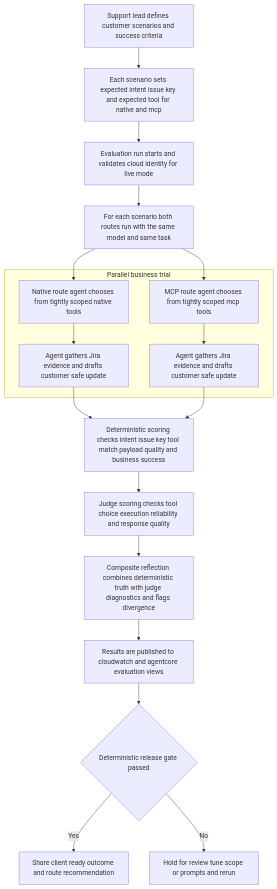
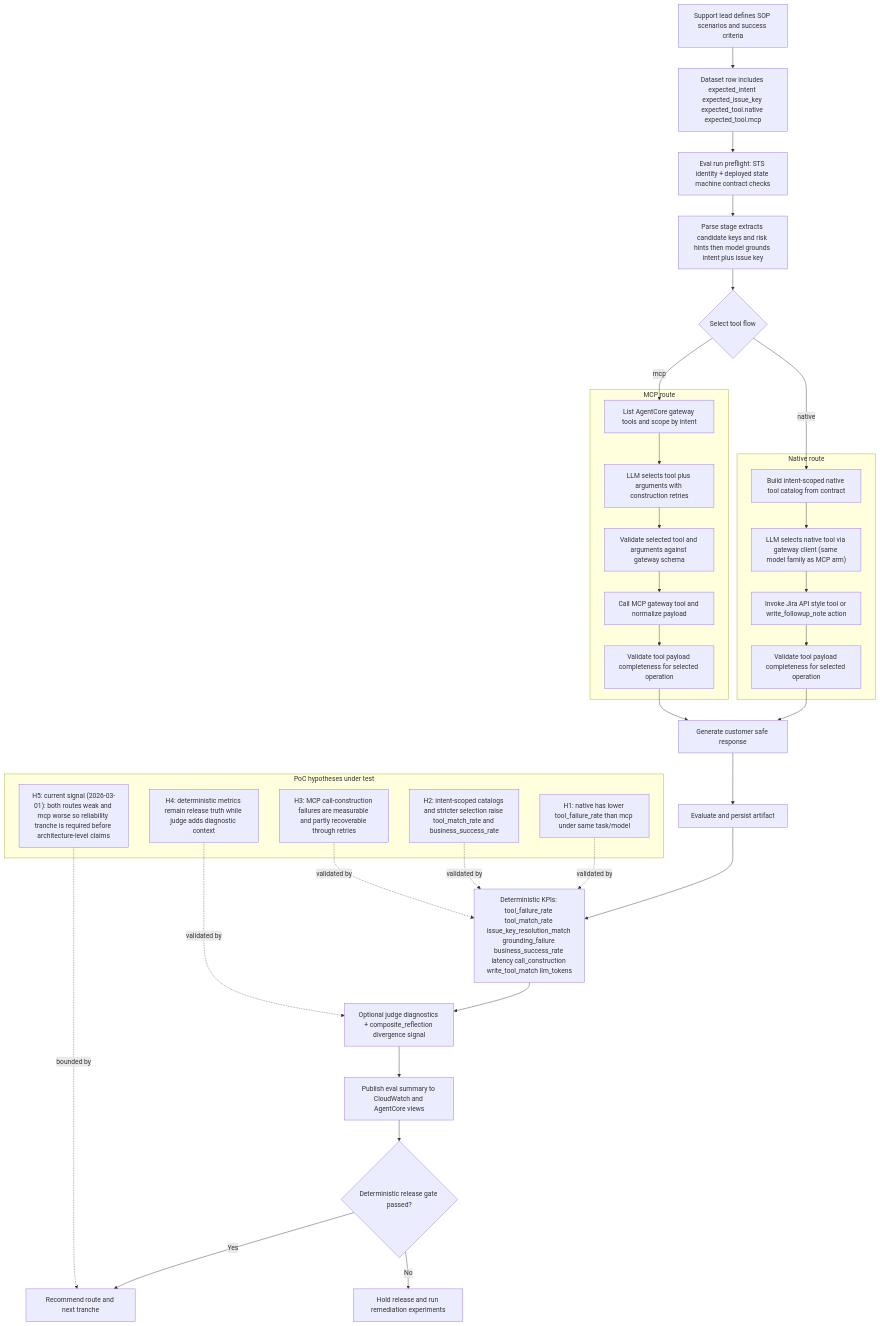
Before and after one commit to adam-jackson-cf/flutter-aws-poc: the diagram in README.md, drawn with Mermaid. The commit also changed other lines of this file and 54 other files, not shown here.

Commit message:
feat(evals): harden mcp/native routing and quality gates

````diff
--- a/README.md
+++ b/README.md
@@ -23,33 +69,57 @@
 ```mermaid
 flowchart TD
-    A["Support lead defines customer scenarios and success criteria"]
-    B["Each scenario sets expected intent issue key and expected tool for native and mcp"]
-    C["Evaluation run starts and validates cloud identity for live mode"]
-    D["For each scenario both routes run with the same model and same task"]
+    A["Support lead defines SOP scenarios and success criteria"]
+    B["Dataset row includes expected_intent expected_issue_key expected_tool.native expected_tool.mcp"]
+    C["Eval run preflight: STS identity + deployed state machine contract checks"]
+    D["Parse stage extracts candidate keys and risk hints then model grounds intent plus issue key"]
+    E{"Select tool flow"}
 
-    subgraph P["Parallel business trial"]
-      E1["Native route agent chooses from tightly scoped native tools"]
-      E2["MCP route agent chooses from tightly scoped mcp tools"]
-      F1["Agent gathers Jira evidence and drafts customer safe update"]
-      F2["Agent gathers Jira evidence and drafts customer safe update"]
-      E1 --> F1
-      E2 --> F2
+    subgraph N["Native route"]
+      N1["Build intent-scoped native tool catalog from contract"]
+      N2["LLM selects native tool via gateway client (same model family as MCP arm)"]
+      N3["Invoke Jira API style tool or write_followup_note action"]
+      N4["Validate tool payload completeness for selected operation"]
+      N1 --> N2 --> N3 --> N4
     end
 
-    G["Deterministic scoring checks intent issue key tool match payload quality and business success"]
-    H["Judge scoring checks tool choice execution reliability and response quality"]
-    I["Composite reflection combines deterministic truth with judge diagnostics and flags divergence"]
-    J["Results are published to cloudwatch and agentcore evaluation views"]
-    K{"Deterministic release gate passed"}
-    L["Share client ready outcome and route recommendation"]
-    M["Hold for review tune scope or prompts and rerun"]
+    subgraph M["MCP route"]
+      M1["List AgentCore gateway tools and scope by intent"]
+      M2["LLM selects tool plus arguments with construction retries"]
+      M3["Validate selected tool and arguments against gateway schema"]
+      M4["Call MCP gateway tool and normalize payload"]
+      M5["Validate tool payload completeness for selected operation"]
+      M1 --> M2 --> M3 --> M4 --> M5
+    end
 
-    A --> B --> C --> D
-    D --> E1
-    D --> E2
-    F1 --> G
-    F2 --> G
-    G --> H --> I --> J --> K
+    F["Generate customer safe response"]
+    G["Evaluate and persist artifact"]
+    H["Deterministic KPIs: tool_failure_rate tool_match_rate issue_key_resolution_match grounding_failure business_success_rate latency call_construction write_tool_match llm_tokens"]
+    I["Optional judge diagnostics + composite_reflection divergence signal"]
+    J["Publish eval summary to CloudWatch and AgentCore views"]
+    K{"Deterministic release gate passed?"}
+    L["Recommend route and next tranche"]
+    R["Hold release and run remediation experiments"]
+
+    subgraph Y["PoC hypotheses under test"]
+      Y1["H1: native has lower tool_failure_rate than mcp under same task/model"]
+      Y2["H2: intent-scoped catalogs and stricter selection raise tool_match_rate and business_success_rate"]
+      Y3["H3: MCP call-construction failures are measurable and partly recoverable through retries"]
+      Y4["H4: deterministic metrics remain release truth while judge adds diagnostic context"]
+      Y5["H5: current signal (2026-03-01): both routes weak and mcp worse so reliability tranche is required before architecture-level claims"]
+    end
+
+    A --> B --> C --> D --> E
+    E -->|native| N1
+    E -->|mcp| M1
+    N4 --> F
+    M5 --> F
+    F --> G --> H --> I --> J --> K
     K -->|Yes| L
-    K -->|No| M
+    K -->|No| R
+
+    Y1 -.validated by.-> H
+    Y2 -.validated by.-> H
+    Y3 -.validated by.-> H
+    Y4 -.validated by.-> I
+    Y5 -.bounded by.-> L
 ```
````
